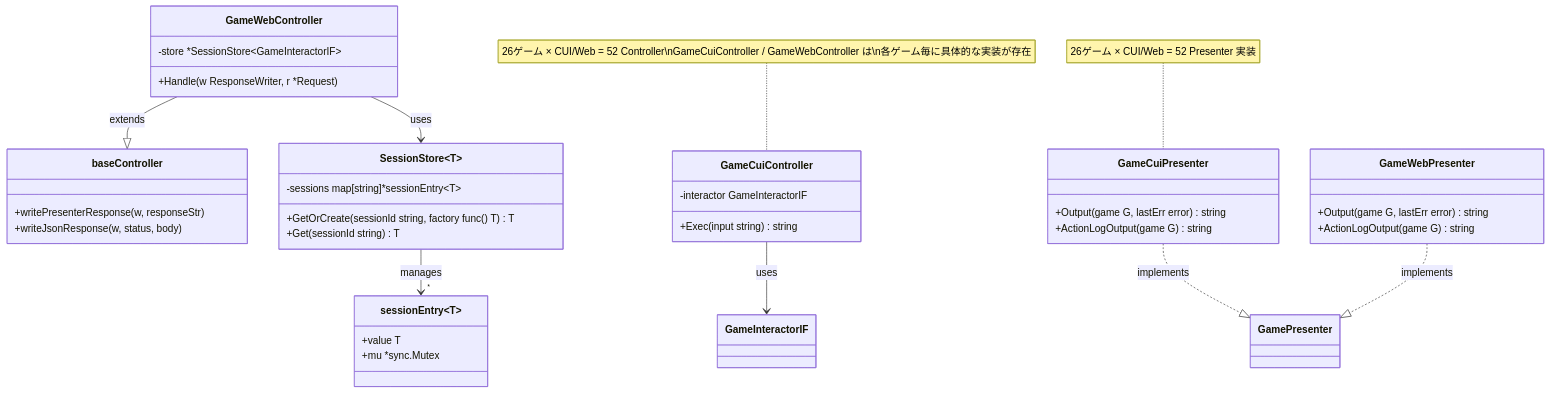
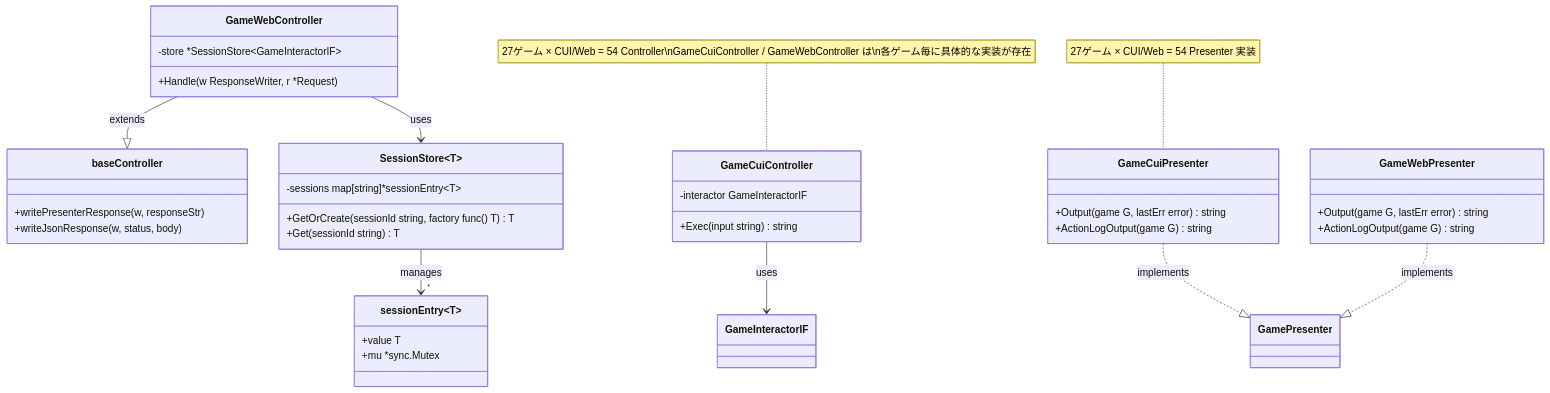
Before and after one commit to yuta-yoshinaga/go_trumpcards: the tenth of 31 diagrams in docs/design/backend.md, drawn with Mermaid. The commit also changed other lines of this file and 51 other files, not shown here.

````diff
--- a/docs/design/backend.md
+++ b/docs/design/backend.md
@@ -770,48 +792,48 @@
 ```mermaid
 classDiagram
     class baseController {
         +writePresenterResponse(w, responseStr)
         +writeJsonResponse(w, status, body)
     }
 
     class SessionStore~T~ {
         -sessions map[string]*sessionEntry~T~
         +GetOrCreate(sessionId string, factory func() T) T
         +Get(sessionId string) T
     }
 
     class sessionEntry~T~ {
         +value T
         +mu *sync.Mutex
     }
 
     class GameCuiController {
         -interactor GameInteractorIF
         +Exec(input string) string
     }
 
     class GameWebController {
         -store *SessionStore~GameInteractorIF~
         +Handle(w ResponseWriter, r *Request)
     }
 
     class GameCuiPresenter {
         +Output(game G, lastErr error) string
         +ActionLogOutput(game G) string
     }
 
     class GameWebPresenter {
         +Output(game G, lastErr error) string
         +ActionLogOutput(game G) string
     }
 
     GameWebController --|> baseController : extends
     GameWebController --> SessionStore : uses
     SessionStore --> "*" sessionEntry : manages
     GameCuiController --> GameInteractorIF : uses
     GameCuiPresenter ..|> GamePresenter : implements
     GameWebPresenter ..|> GamePresenter : implements
 
-    note for GameCuiController "26ゲーム × CUI/Web = 52 Controller\nGameCuiController / GameWebController は\n各ゲーム毎に具体的な実装が存在"
-    note for GameCuiPresenter "26ゲーム × CUI/Web = 52 Presenter 実装"
+    note for GameCuiController "27ゲーム × CUI/Web = 54 Controller\nGameCuiController / GameWebController は\n各ゲーム毎に具体的な実装が存在"
+    note for GameCuiPresenter "27ゲーム × CUI/Web = 54 Presenter 実装"
 ```
````
